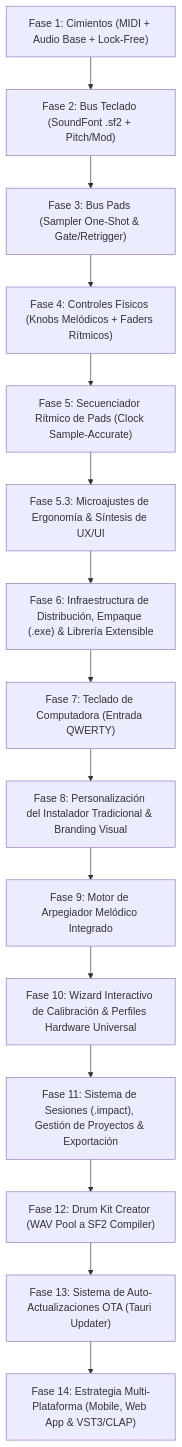
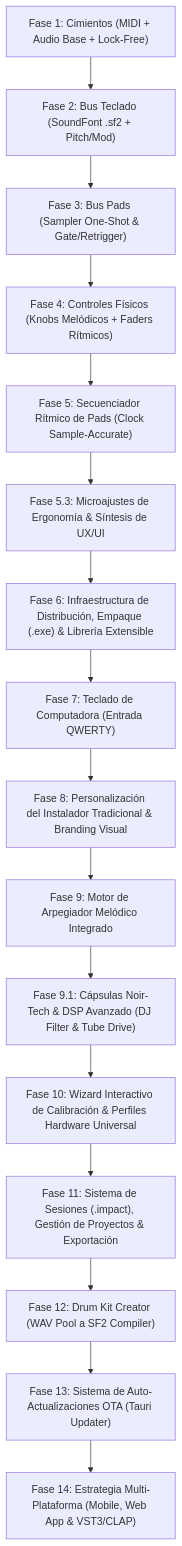
One commit to Vladivostok214/ImpactSamplerStudio changed the diagram in PLAN_DE_TRABAJO.md. Above: the diagram before and after it, drawn with Mermaid. The commit also changed other lines of this file and 4 other files, not shown here.

Commit message:
feat(fase-9.1): capsulas segmentadas noir-tech, cutoff bipolar dj, drive valvular con auto-gain y fix overflow 1/32

````diff
--- a/PLAN_DE_TRABAJO.md
+++ b/PLAN_DE_TRABAJO.md
@@ -22,17 +22,18 @@
 ```mermaid
 flowchart TD
     F1["Fase 1: Cimientos (MIDI + Audio Base + Lock-Free)"] --> F2["Fase 2: Bus Teclado (SoundFont .sf2 + Pitch/Mod)"]
     F2 --> F3["Fase 3: Bus Pads (Sampler One-Shot & Gate/Retrigger)"]
     F3 --> F4["Fase 4: Controles Físicos (Knobs Melódicos + Faders Rítmicos)"]
     F4 --> F5["Fase 5: Secuenciador Rítmico de Pads (Clock Sample-Accurate)"]
     F5 --> F53["Fase 5.3: Microajustes de Ergonomía & Síntesis de UX/UI"]
     F53 --> F6["Fase 6: Infraestructura de Distribución, Empaque (.exe) & Librería Extensible"]
     F6 --> F7["Fase 7: Teclado de Computadora (Entrada QWERTY)"]
     F7 --> F8["Fase 8: Personalización del Instalador Tradicional & Branding Visual"]
     F8 --> F9["Fase 9: Motor de Arpegiador Melódico Integrado"]
-    F9 --> F10["Fase 10: Wizard Interactivo de Calibración & Perfiles Hardware Universal"]
+    F9 --> F91["Fase 9.1: Cápsulas Noir-Tech & DSP Avanzado (DJ Filter & Tube Drive)"]
+    F91 --> F10["Fase 10: Wizard Interactivo de Calibración & Perfiles Hardware Universal"]
     F10 --> F11["Fase 11: Sistema de Sesiones (.impact), Gestión de Proyectos & Exportación"]
     F11 --> F12["Fase 12: Drum Kit Creator (WAV Pool a SF2 Compiler)"]
     F12 --> F13["Fase 13: Sistema de Auto-Actualizaciones OTA (Tauri Updater)"]
     F13 --> F14["Fase 14: Estrategia Multi-Plataforma (Mobile, Web App & VST3/CLAP)"]
 ```
````
